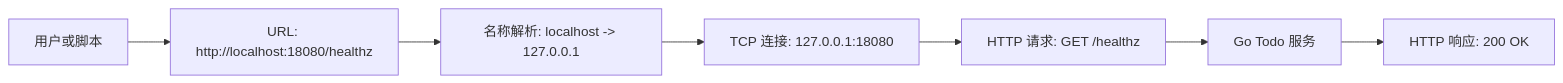
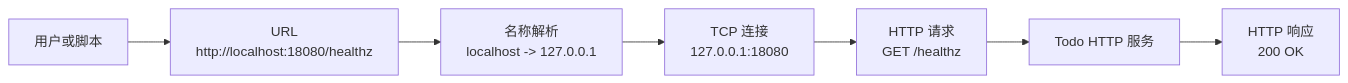
The first of 3 diagrams in docs/chapters/stage-01-foundation/04-linux-network.md (yleoer/cloud-native-todo-platform-docs), drawn with Mermaid before and after one commit. The commit also changed other lines of this file and 3 other files, not shown here.

````diff
--- a/docs/chapters/stage-01-foundation/04-linux-network.md
+++ b/docs/chapters/stage-01-foundation/04-linux-network.md
@@ -117,12 +109,12 @@
 ```mermaid
 flowchart LR
     User["用户或脚本"]
-    URL["URL: http://localhost:18080/healthz"]
-    DNS["名称解析: localhost -> 127.0.0.1"]
-    TCP["TCP 连接: 127.0.0.1:18080"]
-    HTTP["HTTP 请求: GET /healthz"]
-    App["Go Todo 服务"]
-    Resp["HTTP 响应: 200 OK"]
+    URL["URL<br/>http://localhost:18080/healthz"]
+    DNS["名称解析<br/>localhost -> 127.0.0.1"]
+    TCP["TCP 连接<br/>127.0.0.1:18080"]
+    HTTP["HTTP 请求<br/>GET /healthz"]
+    App["Todo HTTP 服务"]
+    Resp["HTTP 响应<br/>200 OK"]
 
     User --> URL --> DNS --> TCP --> HTTP --> App --> Resp
 ```
````
